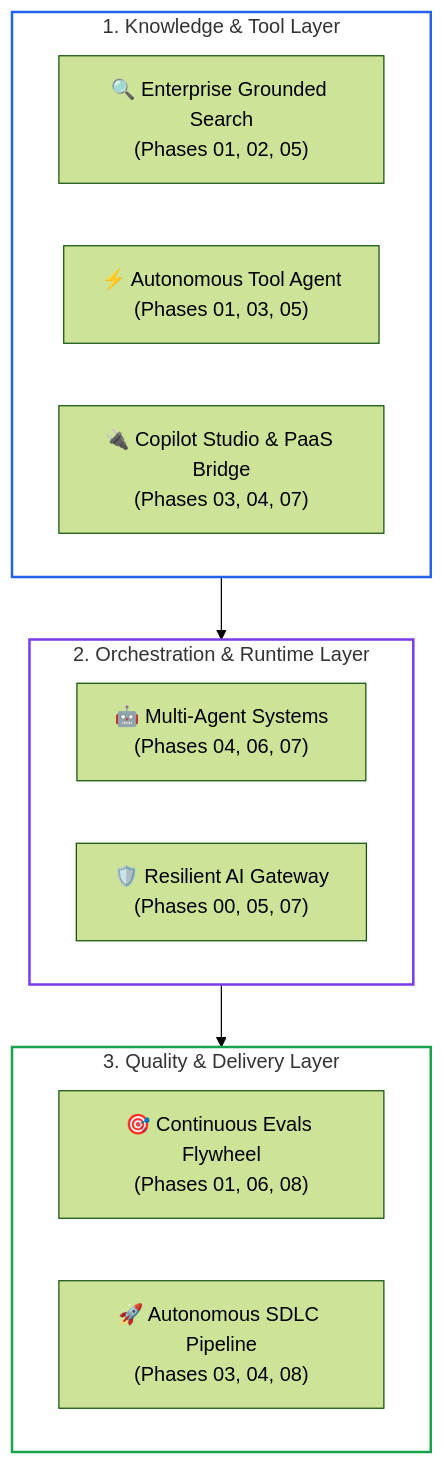
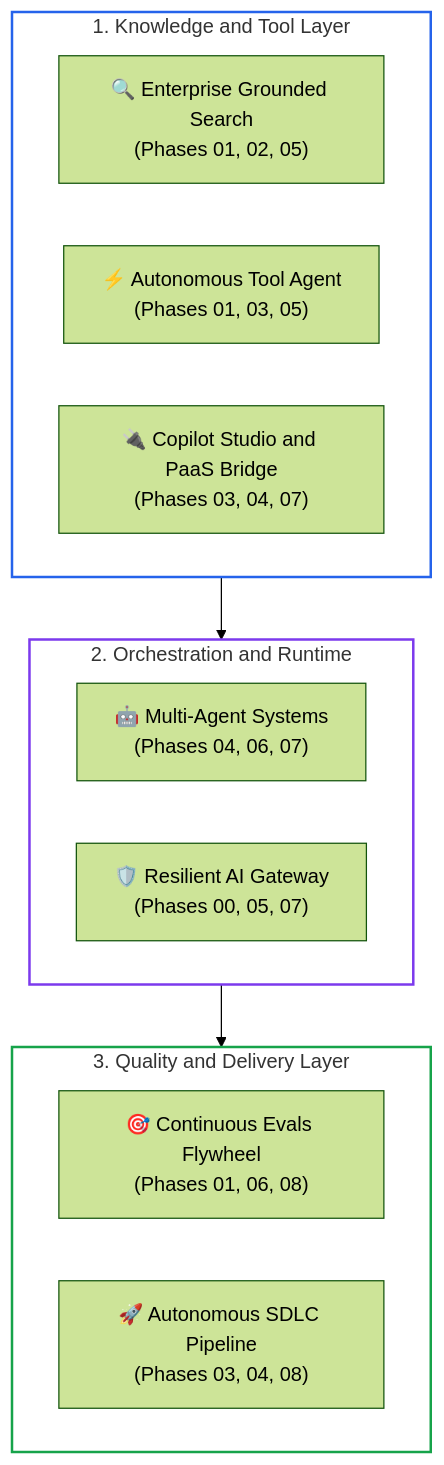
The third of 4 diagrams in README.md (dip4k/senior-engineer-to-ai-engineer-roadmap), drawn with Mermaid (forest theme) before and after one commit. The commit also changed other lines of this file and 94 other files, not shown here.

Commit message:
refactor(curriculum): complete Phase 04 upgrade and enforce diagram renderer invariants

````diff
--- a/README.md
+++ b/README.md
@@ -272,24 +287,24 @@
 ```mermaid
 flowchart TD
-    subgraph Knowledge["1. Knowledge & Tool Layer"]
+    subgraph Knowledge["1. Knowledge and Tool Layer"]
         A1["🔍 Enterprise Grounded Search<br>(Phases 01, 02, 05)"]
         A2["⚡ Autonomous Tool Agent<br>(Phases 01, 03, 05)"]
-        A3["🔌 Copilot Studio & PaaS Bridge<br>(Phases 03, 04, 07)"]
+        A3["🔌 Copilot Studio and PaaS Bridge<br>(Phases 03, 04, 07)"]
     end
 
-    subgraph Orchestration["2. Orchestration & Runtime Layer"]
+    subgraph Orchestration["2. Orchestration and Runtime"]
         A4["🤖 Multi-Agent Systems<br>(Phases 04, 06, 07)"]
         A5["🛡️ Resilient AI Gateway<br>(Phases 00, 05, 07)"]
     end
 
-    subgraph Quality["3. Quality & Delivery Layer"]
+    subgraph Quality["3. Quality and Delivery Layer"]
         A6["🎯 Continuous Evals Flywheel<br>(Phases 01, 06, 08)"]
         A7["🚀 Autonomous SDLC Pipeline<br>(Phases 03, 04, 08)"]
     end
 
     Knowledge --> Orchestration --> Quality
 
     style Knowledge fill:none,stroke:#2563eb,stroke-width:2px;
     style Orchestration fill:none,stroke:#7c3aed,stroke-width:2px;
     style Quality fill:none,stroke:#16a34a,stroke-width:2px;
 ```
````
